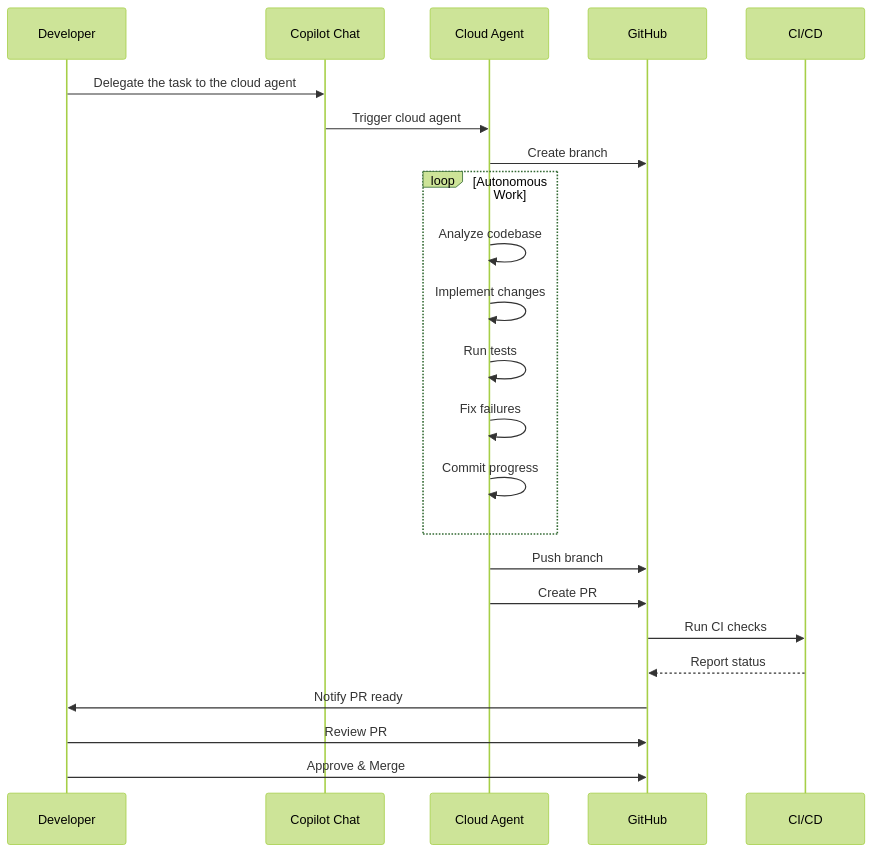
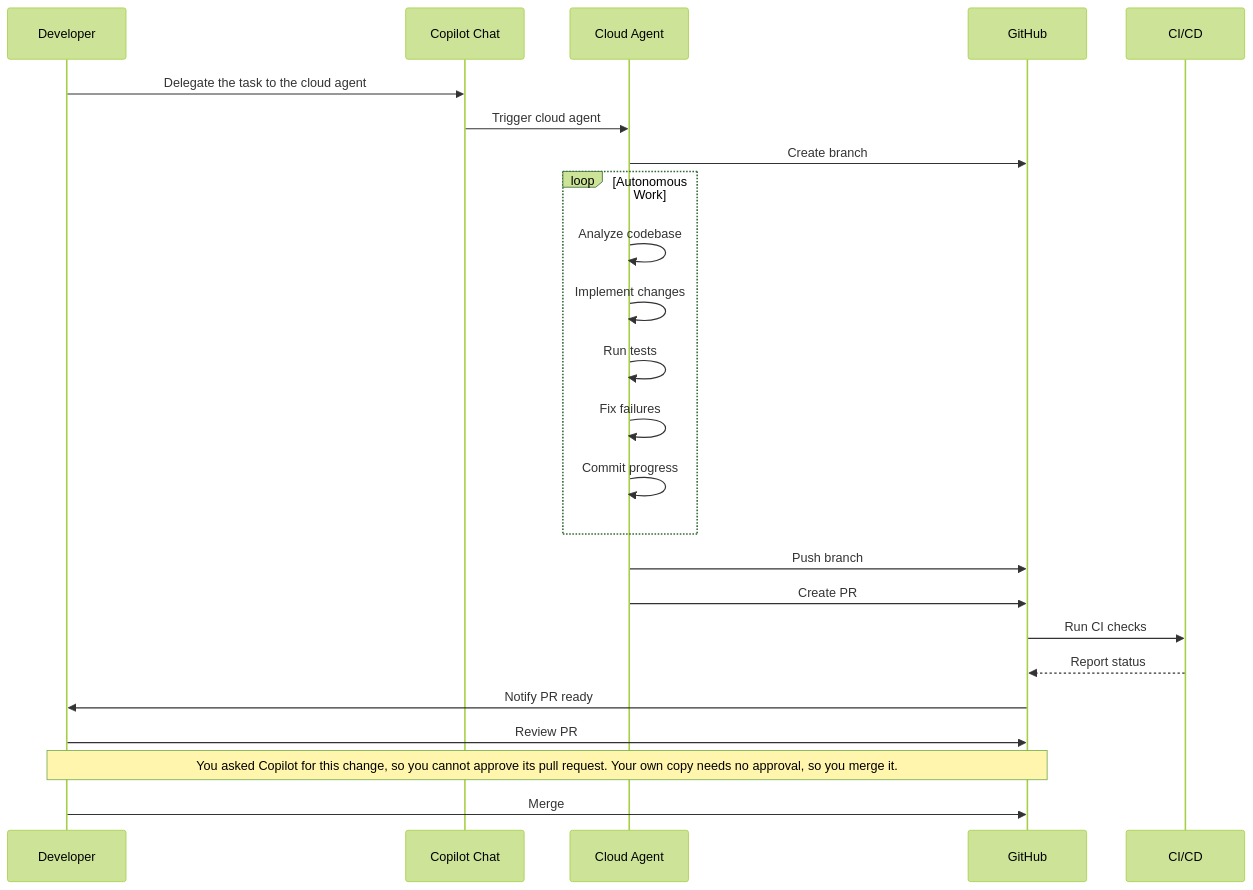
The diagram in lectures-and-labs/week06/agents_lab/part4_cloud_agent/README.md (qahramantaha/ai-assisted-programming-module), drawn with Mermaid (forest theme) before and after one commit.

Commit message:
chore: update course content from the module repo

````diff
--- a/lectures-and-labs/week06/agents_lab/part4_cloud_agent/README.md
+++ b/lectures-and-labs/week06/agents_lab/part4_cloud_agent/README.md
@@ -17,29 +17,30 @@
 ```mermaid
 sequenceDiagram
     participant Dev as Developer
     participant Chat as Copilot Chat
     participant Cloud as Cloud Agent
     participant GH as GitHub
     participant CI as CI/CD
     
     Dev->>Chat: Delegate the task to the cloud agent
     Chat->>Cloud: Trigger cloud agent
     Cloud->>GH: Create branch
     
     loop Autonomous Work
         Cloud->>Cloud: Analyze codebase
         Cloud->>Cloud: Implement changes
         Cloud->>Cloud: Run tests
         Cloud->>Cloud: Fix failures
         Cloud->>Cloud: Commit progress
     end
     
     Cloud->>GH: Push branch
     Cloud->>GH: Create PR
     GH->>CI: Run CI checks
     CI-->>GH: Report status
     GH->>Dev: Notify PR ready
     
     Dev->>GH: Review PR
-    Dev->>GH: Approve & Merge
+    Note over Dev,GH: You asked Copilot for this change, so you cannot approve its pull request. Your own copy needs no approval, so you merge it.
+    Dev->>GH: Merge
 ```
````
